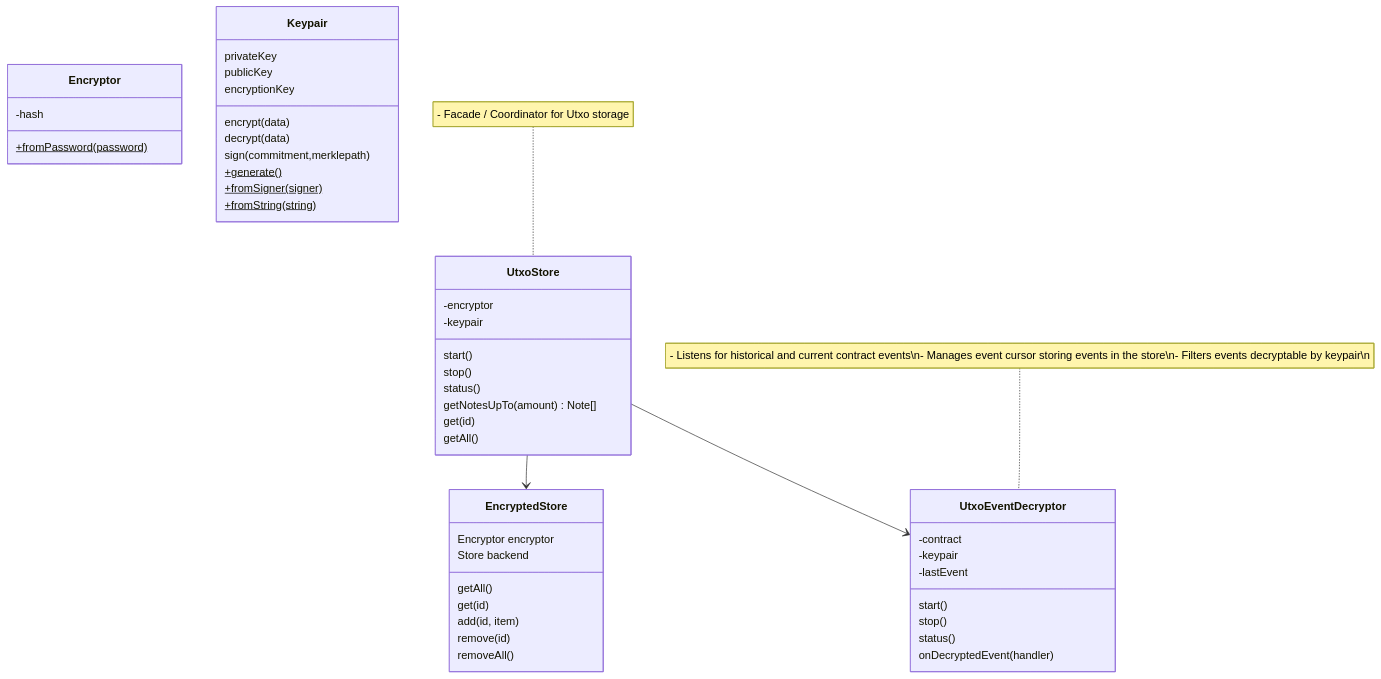
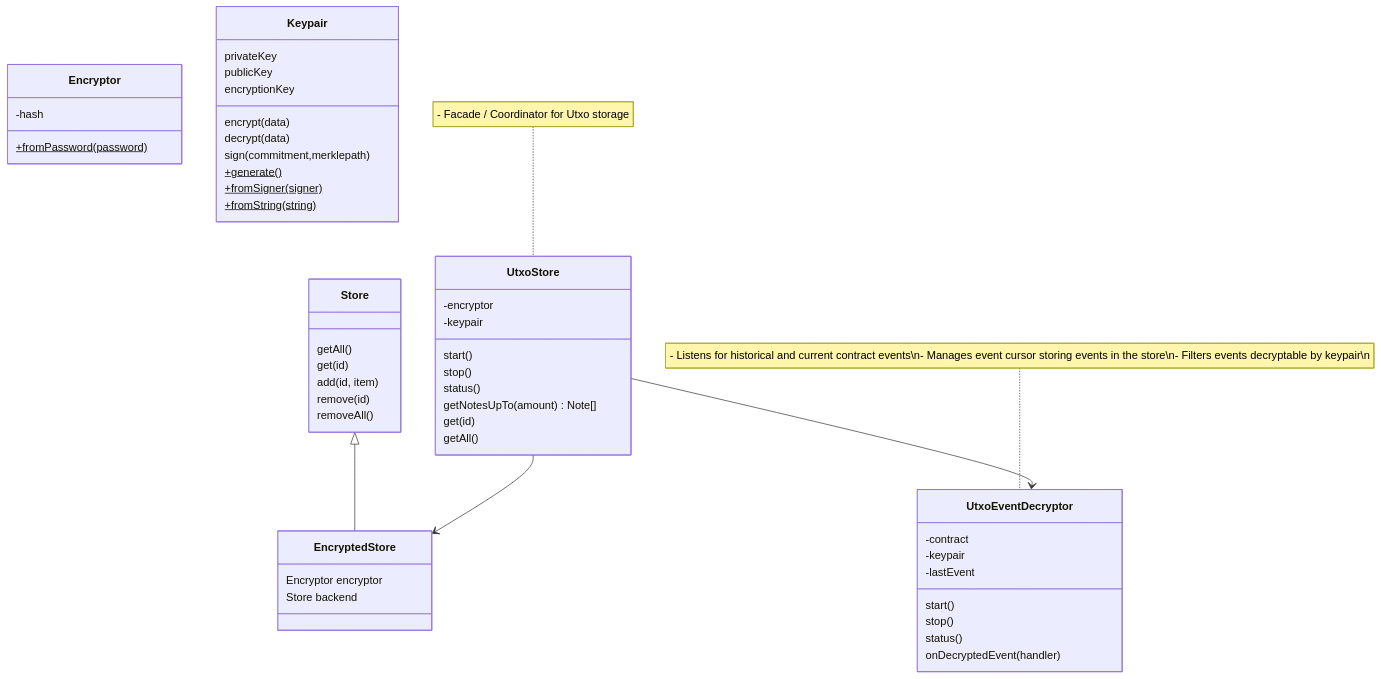
The diagram in README.md (blockhackersio/zrclib), drawn with Mermaid before and after one commit.

````diff
--- a/README.md
+++ b/README.md
@@ -85,57 +85,61 @@
 ```mermaid
 
 classDiagram
     note for UtxoStore "- Facade / Coordinator for Utxo storage"
 
     class UtxoStore
     UtxoStore: -encryptor
     UtxoStore: -keypair
     UtxoStore: start()
     UtxoStore: stop()
     UtxoStore: status()
     UtxoStore: getNotesUpTo(amount) Note[]
     UtxoStore: get(id)
     UtxoStore: getAll()
 
     note for UtxoEventDecryptor "- Listens for historical and current contract events\n- Manages event cursor storing events in the store\n- Filters events decryptable by keypair\n"
 
     class UtxoEventDecryptor
     UtxoEventDecryptor: -contract
     UtxoEventDecryptor: -keypair
     UtxoEventDecryptor: -lastEvent
     UtxoEventDecryptor: start()
     UtxoEventDecryptor: stop()
     UtxoEventDecryptor: status()
     UtxoEventDecryptor: onDecryptedEvent(handler)
 
     class Encryptor
     Encryptor: -hash
     Encryptor: +fromPassword(password)$
 
+    class Store
+    Store: getAll()
+    Store: get(id)
+    Store: add(id, item)
+    Store: remove(id)
+    Store: removeAll()
+
     class EncryptedStore
     EncryptedStore: Encryptor encryptor
     EncryptedStore: Store backend
-    EncryptedStore: getAll()
-    EncryptedStore: get(id)
-    EncryptedStore: add(id, item)
-    EncryptedStore: remove(id)
-    EncryptedStore: removeAll()
+
+    Store <|-- EncryptedStore
 
     class Keypair
     Keypair: privateKey
     Keypair: publicKey
     Keypair: encryptionKey
     Keypair: encrypt(data)
     Keypair: decrypt(data)
     Keypair: sign(commitment,merklepath)
     Keypair: +generate()$
     Keypair: +fromSigner(signer)$
     Keypair: +fromString(string)$
 
 
     UtxoStore --> EncryptedStore
     UtxoStore --> UtxoEventDecryptor
 
 
 
 ```
````
